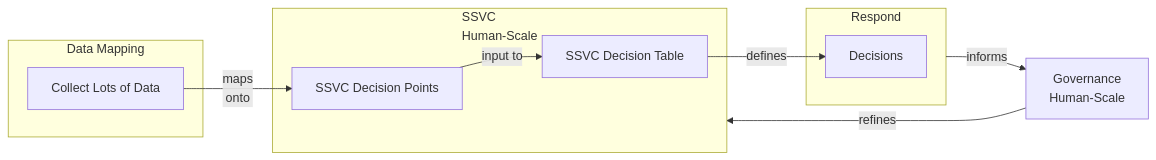
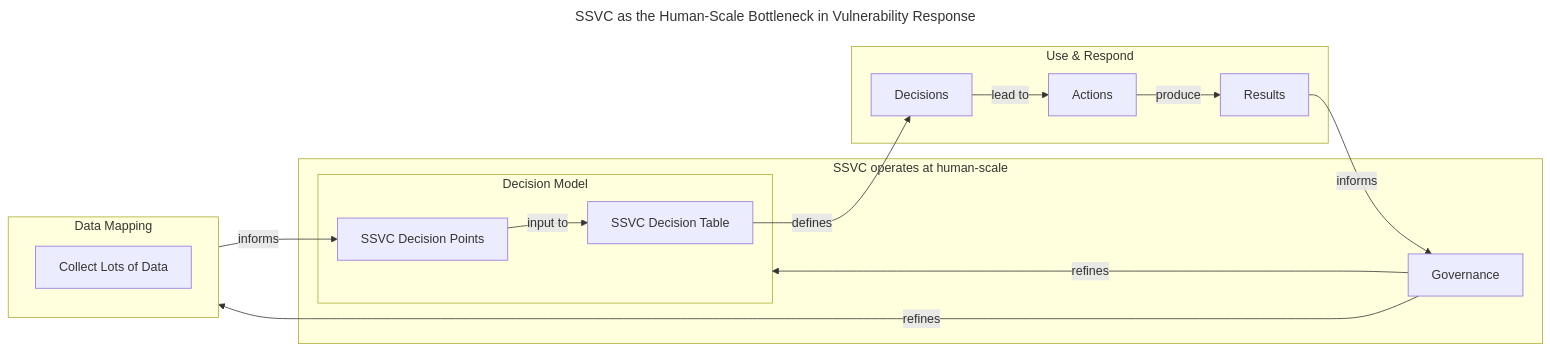
The diagram in docs/howto/ssvc-human-scale-bottleneck.md (CERTCC/SSVC), drawn with Mermaid before and after one commit. The commit also changed other lines of this file, not shown here.

Commit message:
refine diagram

````diff
--- a/docs/howto/ssvc-human-scale-bottleneck.md
+++ b/docs/howto/ssvc-human-scale-bottleneck.md
@@ -5,20 +5,30 @@
 ```mermaid
+---
+title: SSVC as the Human-Scale Bottleneck in Vulnerability Response
+---
 flowchart LR
 
-subgraph dm[Data Mapping]
+subgraph dc[Data Mapping]
     collect[Collect Lots of Data]
 end
-subgraph ssvc[SSVC<br/>Human-Scale]
+subgraph ssvc[SSVC operates at human-scale]
+    subgraph ssvcdt[Decision Model]
     dps[SSVC Decision Points]
     model[SSVC Decision Table]
+    end
+    gov[Governance]
 end
-subgraph use[Respond]
+subgraph use[Use & Respond]
     apply[Decisions]
+    do[Actions]
+    effects[Results]
 end
-gov[Governance<br/>Human-Scale]
-collect -->|maps<br/>onto| dps
 dps -->|input to| model
 model -->|defines| apply
-gov -->|refines| ssvc
-use -->|informs| gov
+apply -->|lead to| do
+do -->|produce| effects
+dc -->|informs| dps
+effects -->|informs| gov
+gov -->|refines| ssvcdt
+gov -->|refines| dc
 ```
````
